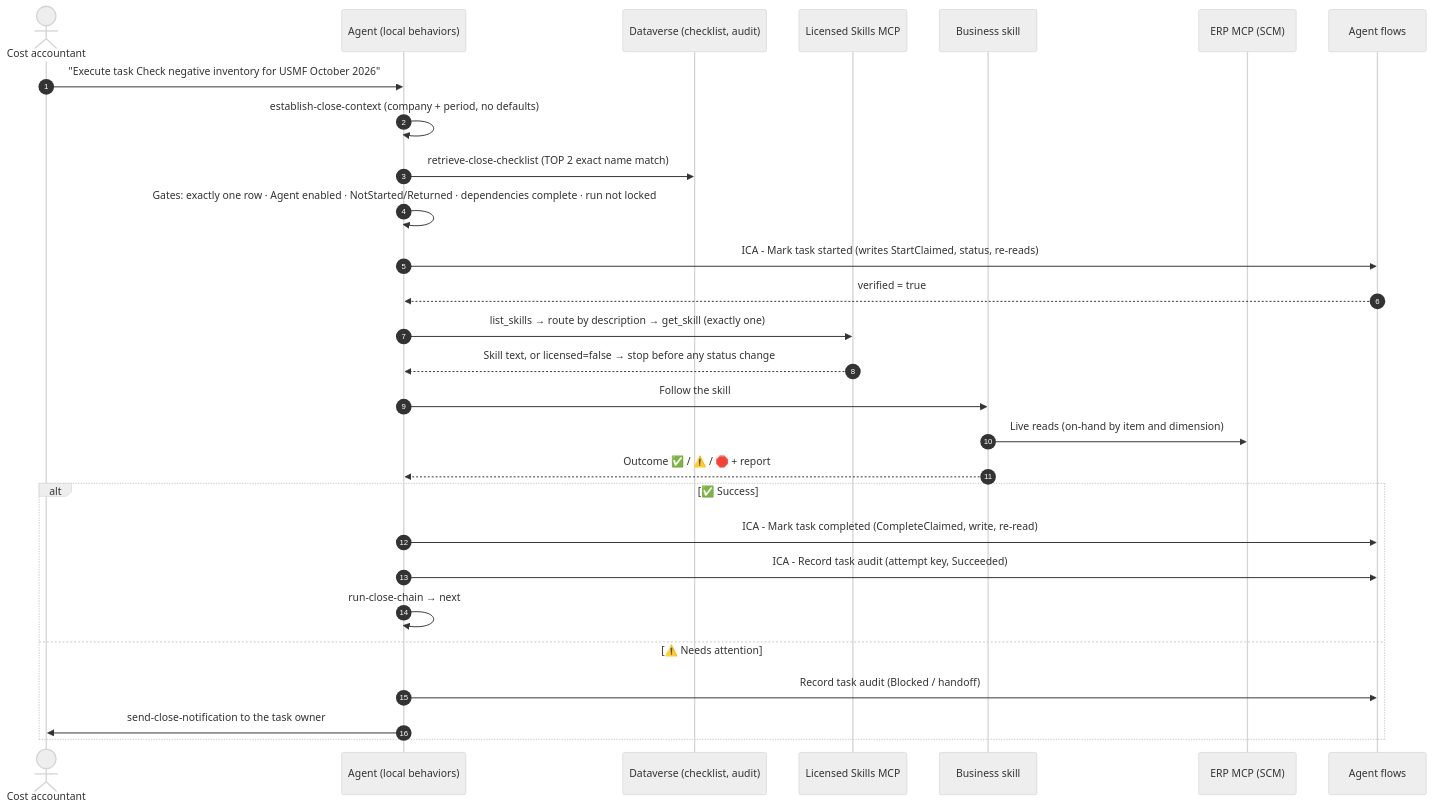
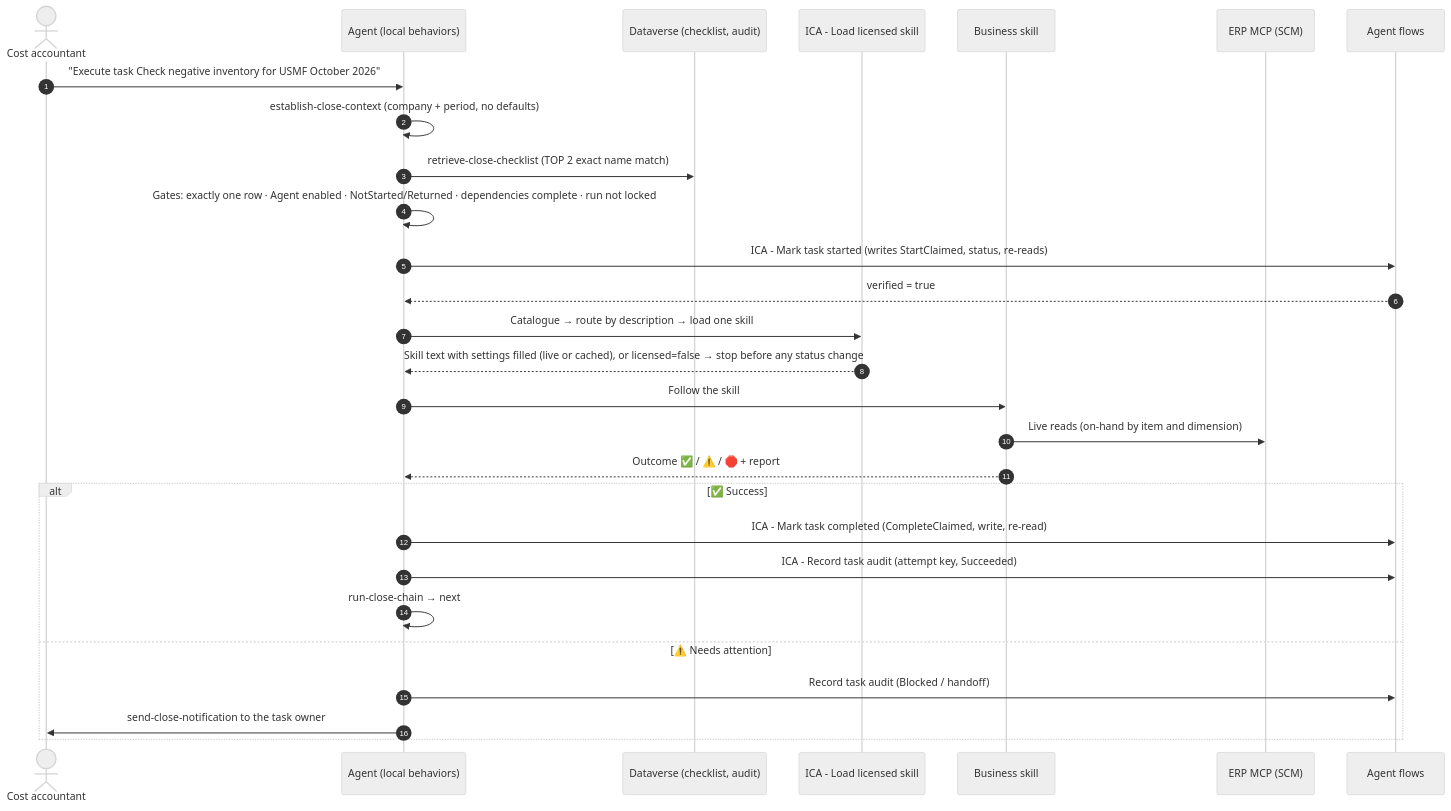
Before and after one commit to arvidsto/D365_Agents: the third of 3 diagrams in samples/inventory-close-agent/README.md, drawn with Mermaid (neutral theme). The commit also changed other lines of this file and 38 other files, not shown here.

````diff
--- a/samples/inventory-close-agent/README.md
+++ b/samples/inventory-close-agent/README.md
@@ -159,31 +159,31 @@
 ```mermaid
 sequenceDiagram
     autonumber
     actor U as Cost accountant
     participant A as Agent (local behaviors)
     participant DV as Dataverse (checklist, audit)
-    participant L as Licensed Skills MCP
+    participant L as ICA - Load licensed skill
     participant S as Business skill
     participant ERP as ERP MCP (SCM)
     participant F as Agent flows
 
     U->>A: "Execute task Check negative inventory for USMF October 2026"
     A->>A: establish-close-context (company + period, no defaults)
     A->>DV: retrieve-close-checklist (TOP 2 exact name match)
     A->>A: Gates: exactly one row · Agent enabled · NotStarted/Returned · dependencies complete · run not locked
     A->>F: ICA - Mark task started (writes StartClaimed, status, re-reads)
     F-->>A: verified = true
-    A->>L: list_skills → route by description → get_skill (exactly one)
-    L-->>A: Skill text, or licensed=false → stop before any status change
+    A->>L: Catalogue → route by description → load one skill
+    L-->>A: Skill text with settings filled (live or cached), or licensed=false → stop before any status change
     A->>S: Follow the skill
     S->>ERP: Live reads (on-hand by item and dimension)
     S-->>A: Outcome ✅ / ⚠️ / 🛑 + report
     alt ✅ Success
         A->>F: ICA - Mark task completed (CompleteClaimed, write, re-read)
         A->>F: ICA - Record task audit (attempt key, Succeeded)
         A->>A: run-close-chain → next #autostart task
     else ⚠️ Needs attention
         A->>F: Record task audit (Blocked / handoff)
         A->>U: send-close-notification to the task owner
     end
 ```
````
